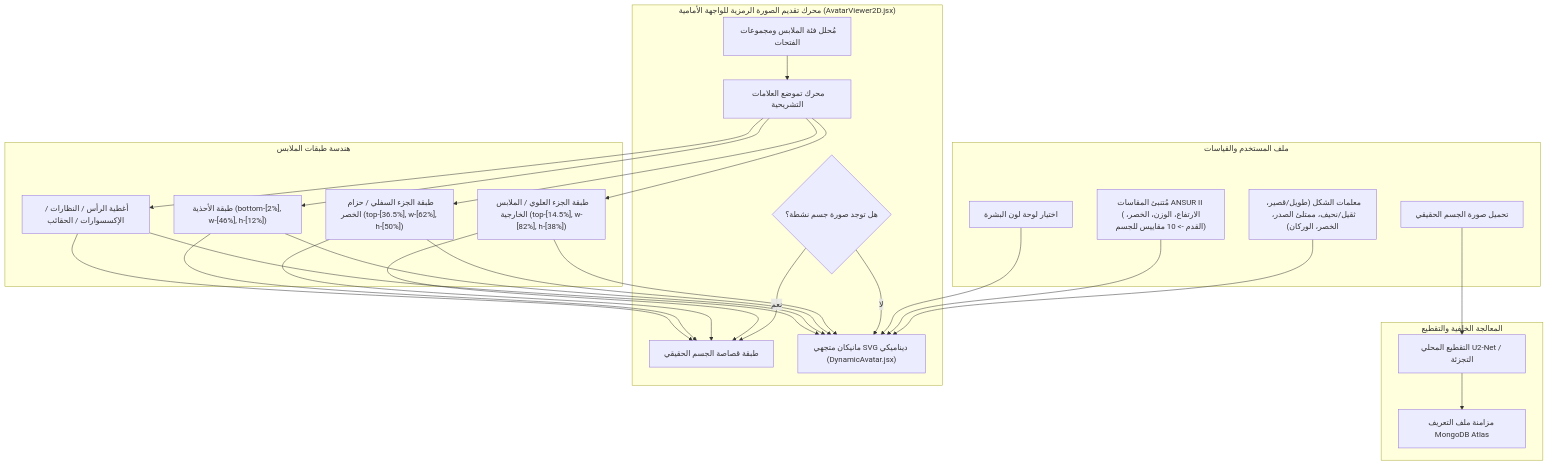
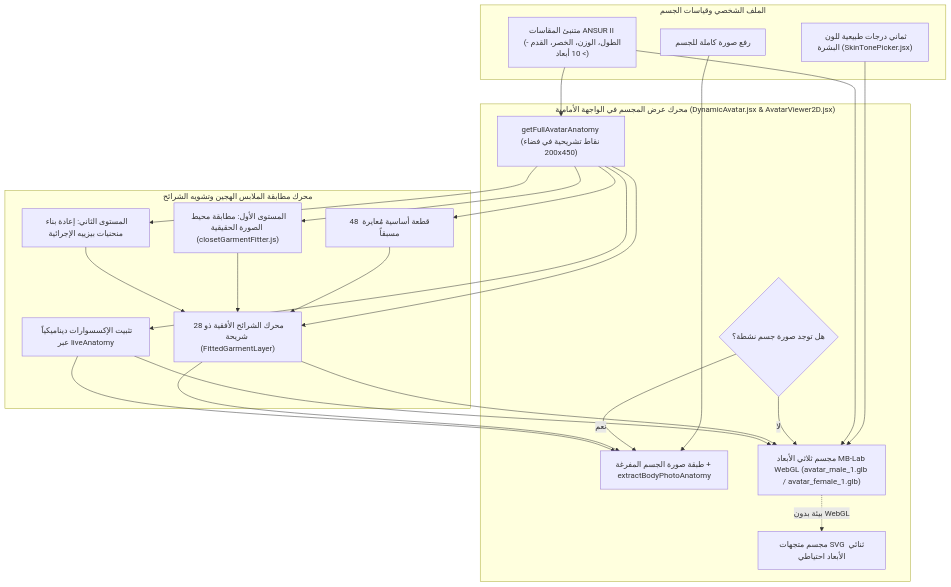
Before and after one commit to Yoram-Jacobs/DressAppV1: the diagram in apps/web/public/wiki/ar/Avatar.md, drawn with Mermaid. The commit also changed other lines of this file and 249 other files, not shown here.

Commit message:
fix(avatar): restore 3D dynamic avatar in Saved Outfits canvas and sync garment coordinate mappings and translations

````diff
--- a/apps/web/public/wiki/ar/Avatar.md
+++ b/apps/web/public/wiki/ar/Avatar.md
@@ -17,41 +17,34 @@
 ```mermaid
 flowchart TD
-    subgraph UserProfile["ملف المستخدم والقياسات"]
-        U_Photo["تحميل صورة الجسم الحقيقي"]
-        U_Tone["اختيار لوحة لون البشرة"]
-        U_Params["معلمات الشكل (طويل/قصير، ثقيل/نحيف، ممتلئ الصدر، الخصر، الوركان)"]
-        U_Sizing["مُتنبئ المقاسات ANSUR II (الارتفاع، الوزن، الخصر، القدم -> 10 مقاييس للجسم)"]
+    subgraph UserProfile["الملف الشخصي وقياسات الجسم"]
+        U_Photo["رفع صورة كاملة للجسم"]
+        U_Tone["ثماني درجات طبيعية للون البشرة (SkinTonePicker.jsx)"]
+        U_Sizing["متنبئ المقاسات ANSUR II (الطول، الوزن، الخصر، القدم -> 10 أبعاد)"]
     end
 
-    subgraph BackendIngest["المعالجة الخلفية والتقطيع"]
-        Rembg["التقطيع المحلي U2-Net / التجزئة"]
-        Mongo["مزامنة ملف التعريف MongoDB Atlas"]
+    subgraph AvatarEngine["محرك عرض المجسم في الواجهة الأمامية (DynamicAvatar.jsx & AvatarViewer2D.jsx)"]
+        ModeCheck{"هل توجد صورة جسم نشطة؟"}
+        PhotoView["طبقة صورة الجسم المفرغة + extractBodyPhotoAnatomy"]
+        Mesh3DView["مجسم ثلاثي الأبعاد MB-Lab WebGL (avatar_male_1.glb / avatar_female_1.glb)"]
+        SvgFallback["مجسم متجهات SVG ثنائي الأبعاد احتياطي"]
+        AnatomyEngine["getFullAvatarAnatomy (نقاط تشريحية في فضاء 200x450)"]
     end
 
-    subgraph AvatarEngine["محرك تقديم الصورة الرمزية للواجهة الأمامية (AvatarViewer2D.jsx)"]
-        ModeCheck{"هل توجد صورة جسم نشطة؟"}
-        PhotoView["طبقة قصاصة الجسم الحقيقي"]
-        MannequinView["مانيكان متجهي SVG ديناميكي (DynamicAvatar.jsx)"]
-        
-        GarmentResolver["مُحلل فئة الملابس ومجموعات الفتحات"]
-        LandmarkCalc["محرك تموضع العلامات التشريحية"]
+    subgraph GarmentFitting["محرك مطابقة الملابس الهجين وتشويه الشرائح"]
+        StarterCapsule["48 قطعة أساسية مُعايرة مسبقاً"]
+        Tier1Warp["المستوى الأول: مطابقة محيط الصورة الحقيقية (closetGarmentFitter.js)"]
+        Tier2Bezier["المستوى الثاني: إعادة بناء منحنيات بيزييه الإجرائية"]
+        SliceWarper["محرك الشرائح الأفقية ذو 28 شريحة (FittedGarmentLayer)"]
+        AccessoryAnchor["تثبيت الإكسسوارات ديناميكياً عبر liveAnatomy"]
     end
 
-    subgraph OverlayGeometry["هندسة طبقات الملابس"]
-        TopLayer["طبقة الجزء العلوي / الملابس الخارجية (top-[14.5%], w-[82%], h-[38%])"]
-        BottomLayer["طبقة الجزء السفلي / حزام الخصر (top-[36.5%], w-[62%], h-[50%])"]
-        ShoesLayer["طبقة الأحذية (bottom-[2%], w-[46%], h-[12%])"]
-        AccessoryLayers["أغطية الرأس / النظارات / الإكسسوارات / الحقائب"]
-    end
-
-    U_Photo --> Rembg --> Mongo
-    U_Params & U_Sizing --> MannequinView
-    U_Tone --> MannequinView
-    
+    U_Photo --> PhotoView
+    U_Tone & U_Sizing --> Mesh3DView
+    U_Sizing --> AnatomyEngine
     ModeCheck -- نعم --> PhotoView
-    ModeCheck -- لا --> MannequinView
-
-    GarmentResolver --> LandmarkCalc
-    LandmarkCalc --> TopLayer & BottomLayer & ShoesLayer & AccessoryLayers
-    TopLayer & BottomLayer & ShoesLayer & AccessoryLayers --> PhotoView & MannequinView
+    ModeCheck -- لا --> Mesh3DView
+    Mesh3DView -. "بيئة بدون WebGL" .-> SvgFallback
+    AnatomyEngine --> StarterCapsule & Tier1Warp & Tier2Bezier & SliceWarper & AccessoryAnchor
+    StarterCapsule & Tier1Warp & Tier2Bezier --> SliceWarper
+    SliceWarper & AccessoryAnchor --> PhotoView & Mesh3DView
 ```
````
